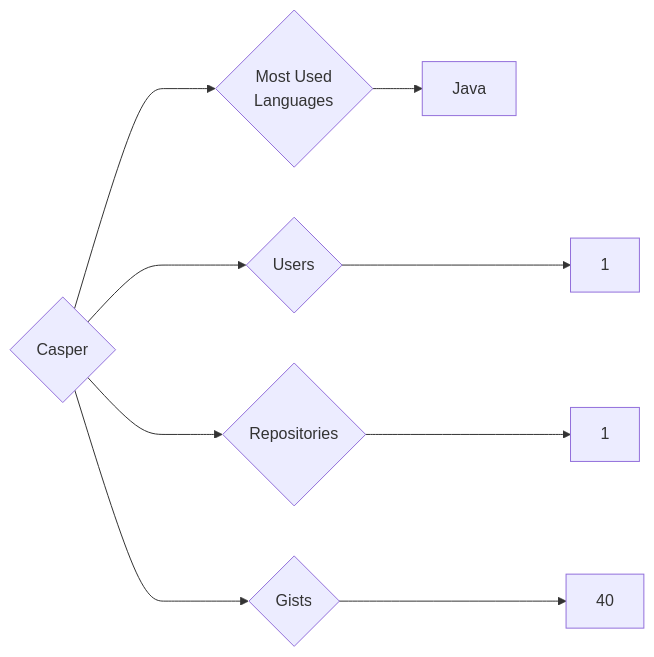
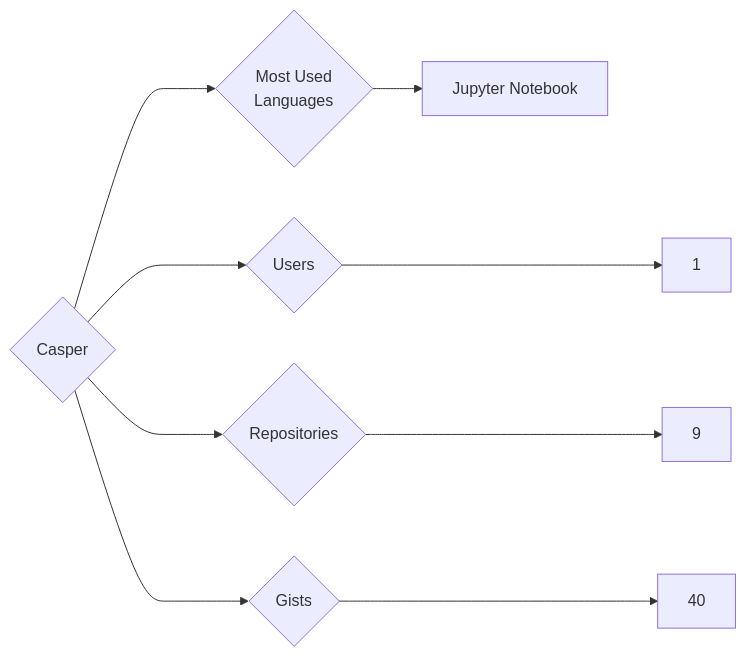
The diagram in targets/Casper/README.md (trickest/insiders), drawn with Mermaid before and after one commit. The commit also changed 1175 other files, not shown here.

````diff
--- a/targets/Casper/README.md
+++ b/targets/Casper/README.md
@@ -3,9 +3,9 @@
 ```mermaid
 graph LR
 COMPANY_NAME{Casper}
 COMPANY_NAME ---> U{Users} ---> UN[1]
-COMPANY_NAME ---> R{Repositories} ---> RN[1]
+COMPANY_NAME ---> R{Repositories} ---> RN[9]
 COMPANY_NAME ---> G{Gists} ---> GN[40]
 COMPANY_NAME ---> ML{Most Used<br>Languages}
-ML --> Java[Java]
+ML --> Jupyter_Notebook[Jupyter Notebook]
 ```
````
